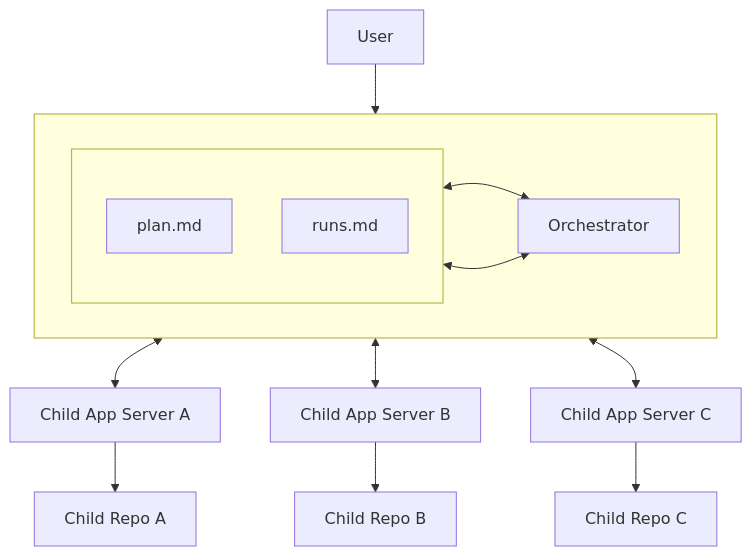
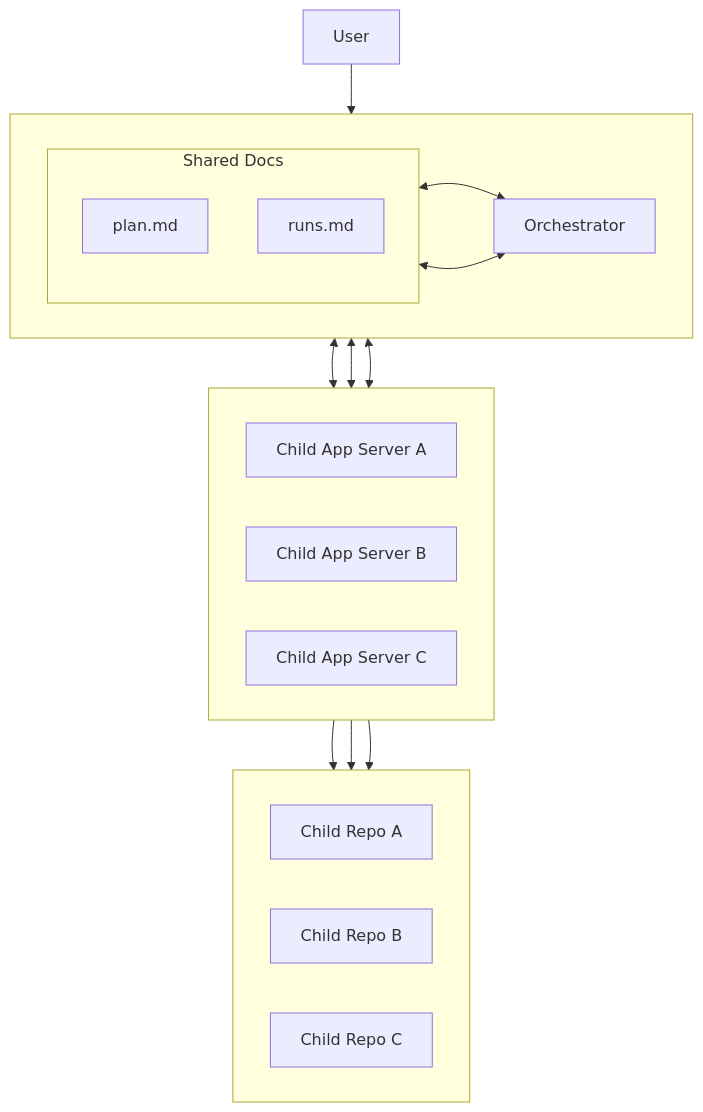
The diagram in README.md (yeutterg/codex-orchestrator), drawn with Mermaid before and after one commit.

Commit message:
Rework README mermaid row layout

````diff
--- a/README.md
+++ b/README.md
@@ -18,24 +18,38 @@
 ```mermaid
 flowchart TD
     U[User]
 
-    subgraph Core[" "]
+    subgraph Header[" "]
         direction LR
-        subgraph Docs[" "]
+        subgraph Docs["Shared Docs"]
             direction TB
             P[plan.md]
             R[runs.md]
         end
         O[Orchestrator]
     end
 
+    subgraph Servers[" "]
+        direction LR
+        A[Child App Server A]
+        B[Child App Server B]
+        C[Child App Server C]
+    end
+
+    subgraph Repos[" "]
+        direction LR
+        RA[Child Repo A]
+        RB[Child Repo B]
+        RC[Child Repo C]
+    end
+
     U --> O
     P <--> O
     R <--> O
-    O <--> A[Child App Server A]
-    A --> RA[Child Repo A]
-    O <--> B[Child App Server B]
-    B --> RB[Child Repo B]
-    O <--> C[Child App Server C]
-    C --> RC[Child Repo C]
+    O <--> A
+    O <--> B
+    O <--> C
+    A --> RA
+    B --> RB
+    C --> RC
 ```
````
